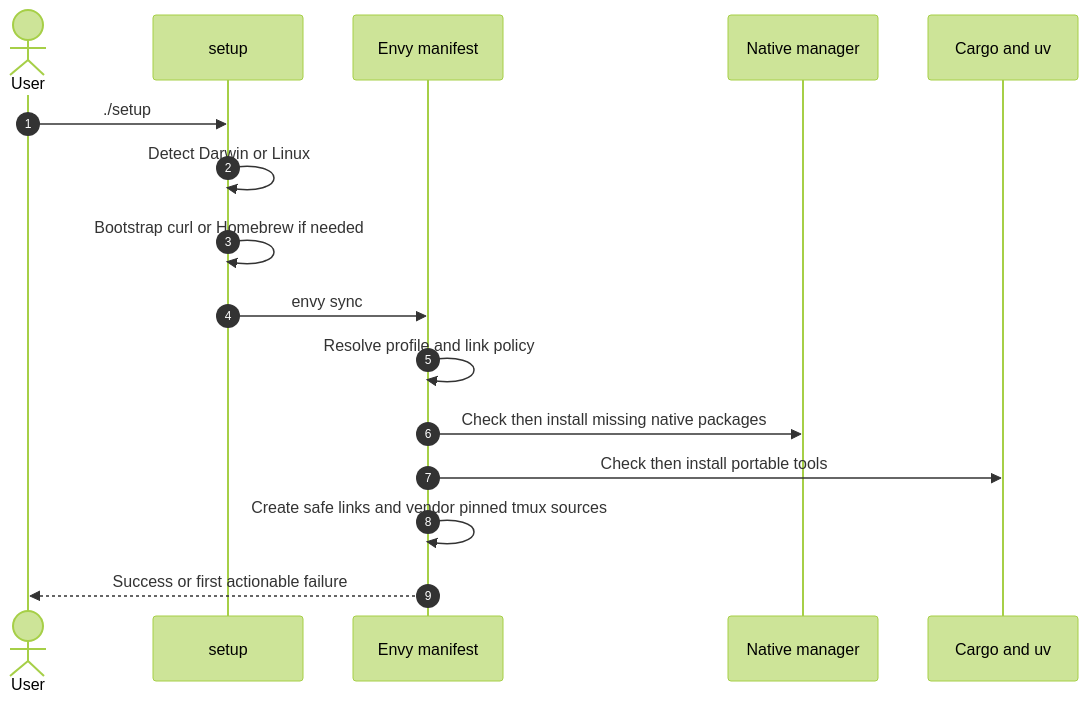
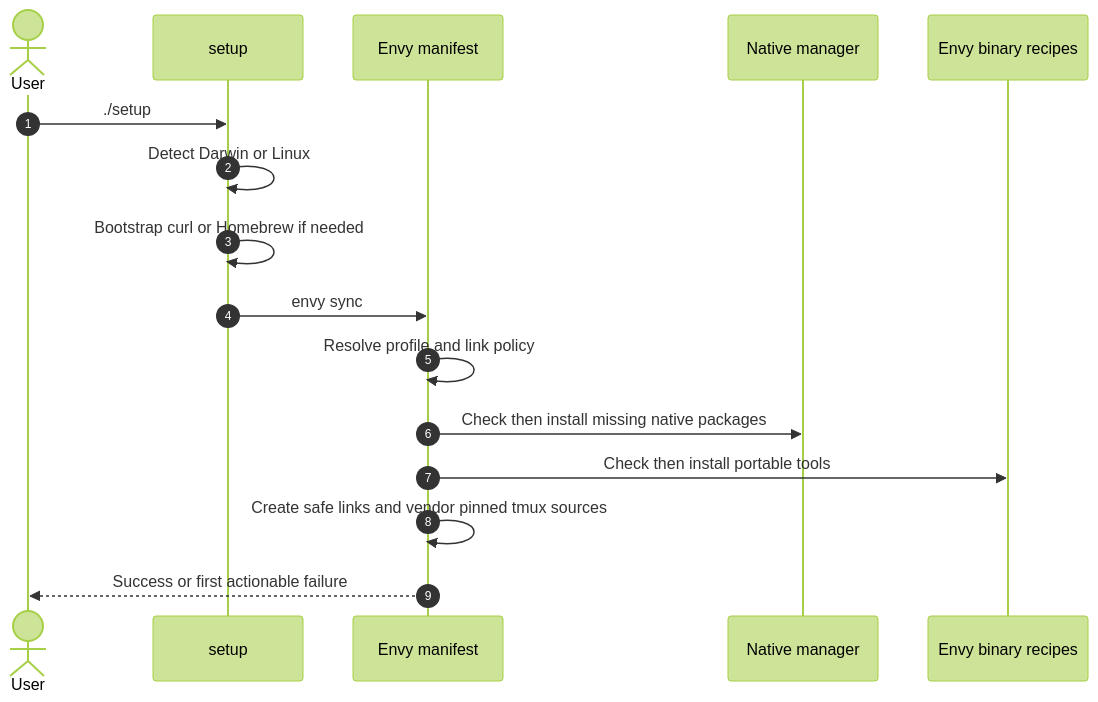
One commit to hantianjz/dotfiles changed the second of 2 diagrams in docs/envy-cross-platform.md. Above: the diagram before and after it, drawn with Mermaid (forest theme). The commit also changed other lines of this file and 20 other files, not shown here.

````diff
--- a/docs/envy-cross-platform.md
+++ b/docs/envy-cross-platform.md
@@ -71,19 +73,19 @@
 ```mermaid
 sequenceDiagram
     autonumber
     actor User
     participant Setup as setup
     participant Envy as Envy manifest
     participant Manager as Native manager
-    participant Portable as Cargo and uv
+    participant Portable as Envy binary recipes
 
     User->>Setup: ./setup
     Setup->>Setup: Detect Darwin or Linux
     Setup->>Setup: Bootstrap curl or Homebrew if needed
     Setup->>Envy: envy sync
     Envy->>Envy: Resolve profile and link policy
     Envy->>Manager: Check then install missing native packages
     Envy->>Portable: Check then install portable tools
     Envy->>Envy: Create safe links and vendor pinned tmux sources
     Envy-->>User: Success or first actionable failure
 ```
````
